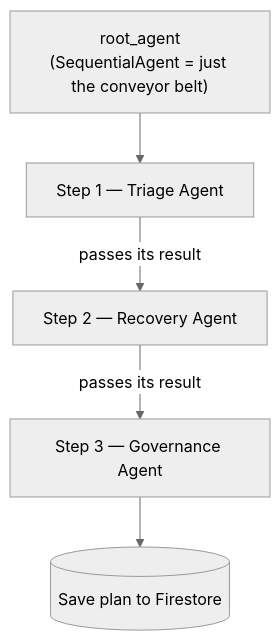
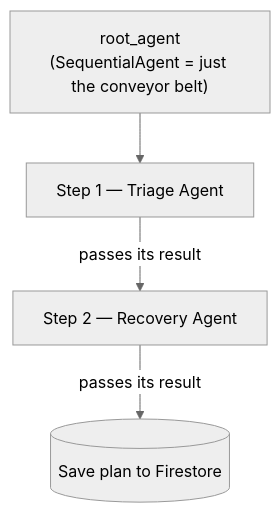
Before and after one commit to Nihar4569/signalbridge: the second of 2 diagrams in docs/agents.md, drawn with Mermaid (neutral theme). The commit also changed other lines of this file and 16 other files, not shown here.

First line of the commit message:
Remove the LLM governance agent; approver is a plain-code default per tier

````diff
--- a/docs/agents.md
+++ b/docs/agents.md
@@ -120,8 +115,7 @@
 ```mermaid
 flowchart TB
     ROOT["root_agent<br/>(SequentialAgent = just the conveyor belt)"]
     ROOT --> S1["Step 1 — Triage Agent"]
     S1 -->|passes its result| S2["Step 2 — Recovery Agent"]
-    S2 -->|passes its result| S3["Step 3 — Governance Agent"]
-    S3 --> SAVE[("Save plan to Firestore")]
+    S2 -->|passes its result| SAVE[("Save plan to Firestore")]
 ```
````
